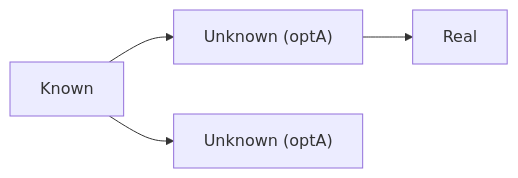
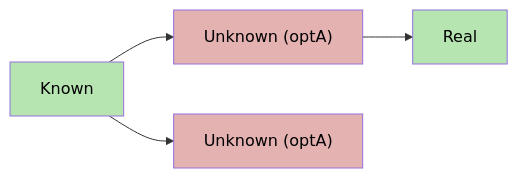
One commit to giomf/NixoScope changed the third of 8 diagrams in README.md. Above: the diagram before and after it, drawn with Mermaid. The commit also changed other lines of this file, not shown here.

Commit message:
docs: add coloring to mermaid examples

````diff
--- a/README.md
+++ b/README.md
@@ -116,5 +120,7 @@
 ```mermaid
 graph LR
-    A[Known] --> B["Unknown (optA)"] --> D[Real]
-    A --> C["Unknown (optA)"]
+    classDef known fill:#b6e5b2,color:#000
+    classDef unknown fill:#e5b2b2,color:#000
+    A[Known]:::known --> B["Unknown (optA)"]:::unknown --> D[Real]:::known
+    A --> C["Unknown (optA)"]:::unknown
 ```
````
